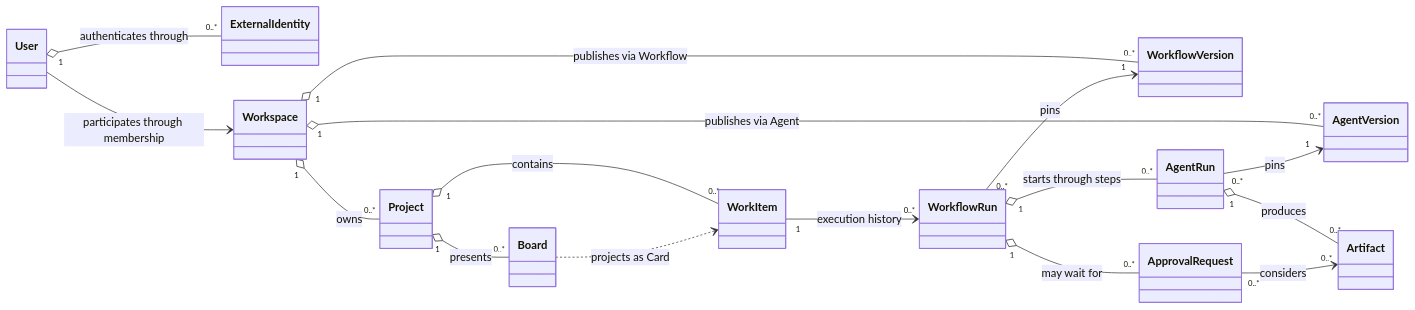
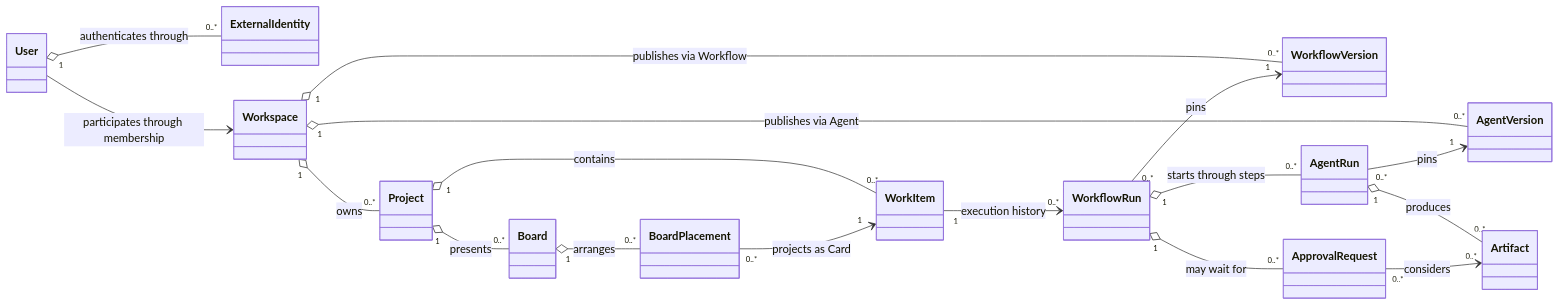
The first of 9 diagrams in docs/business-model.md (hataketed7977/taskpilot), drawn with Mermaid before and after one commit. The commit also changed other lines of this file and 92 other files, not shown here.

Commit message:
feat(projects): add boards, work items, and unified selects

````diff
--- a/docs/business-model.md
+++ b/docs/business-model.md
@@ -148,35 +149,37 @@
 ```mermaid
 classDiagram
     direction LR
 
     class User
     class ExternalIdentity
     class Workspace
     class Project
     class WorkItem
     class Board
+    class BoardPlacement
     class WorkflowVersion
     class WorkflowRun
     class AgentVersion
     class AgentRun
     class ApprovalRequest
     class Artifact
 
     User "1" o-- "0..*" ExternalIdentity : authenticates through
     User --> Workspace : participates through membership
     Workspace "1" o-- "0..*" Project : owns
     Project "1" o-- "0..*" WorkItem : contains
     Project "1" o-- "0..*" Board : presents
-    Board ..> WorkItem : projects as Card
+    Board "1" o-- "0..*" BoardPlacement : arranges
+    BoardPlacement "0..*" --> "1" WorkItem : projects as Card
 
     Workspace "1" o-- "0..*" WorkflowVersion : publishes via Workflow
     WorkItem "1" --> "0..*" WorkflowRun : execution history
     WorkflowRun "0..*" --> "1" WorkflowVersion : pins
 
     Workspace "1" o-- "0..*" AgentVersion : publishes via Agent
     WorkflowRun "1" o-- "0..*" AgentRun : starts through steps
     AgentRun "0..*" --> "1" AgentVersion : pins
     WorkflowRun "1" o-- "0..*" ApprovalRequest : may wait for
     AgentRun "1" o-- "0..*" Artifact : produces
     ApprovalRequest "0..*" --> "0..*" Artifact : considers
 ```
````
